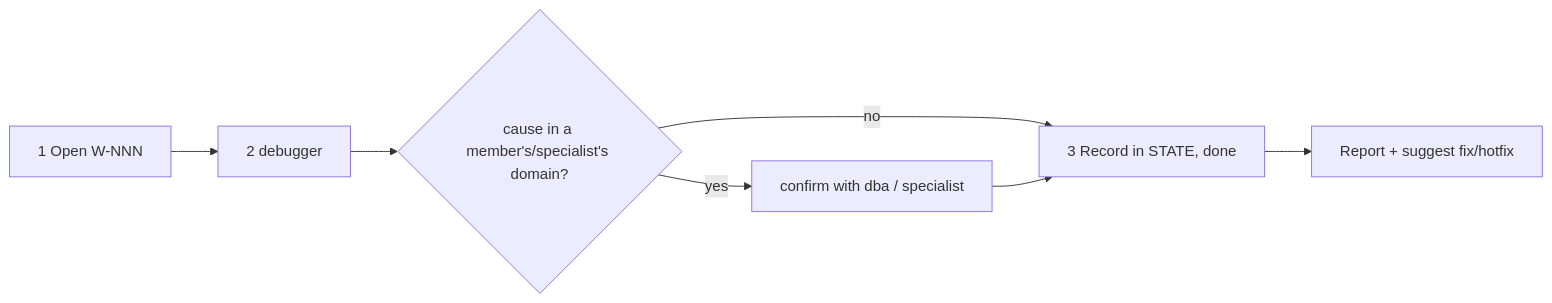
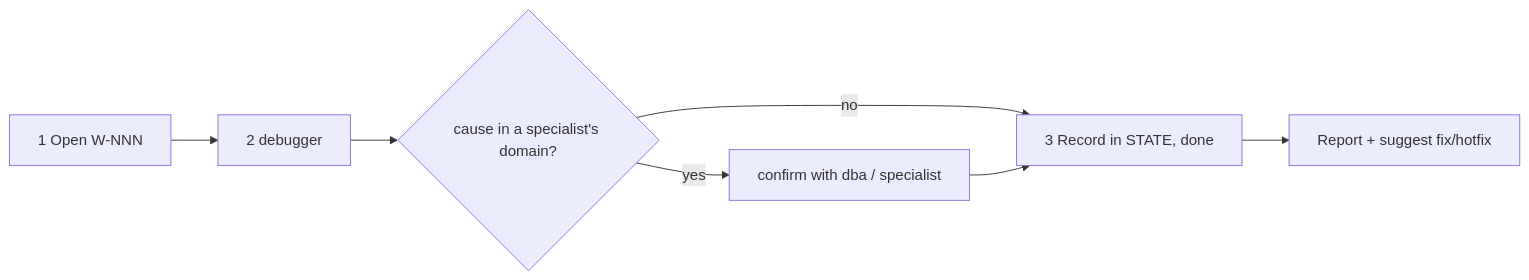
Before and after one commit to Tuan-Quyen/technical-teams: the diagram in commands/investigate.md, drawn with Mermaid. The commit also changed other lines of this file and 46 other files, not shown here.

````diff
--- a/commands/investigate.md
+++ b/commands/investigate.md
@@ -41,7 +41,7 @@
 ```mermaid
 flowchart LR
-  A[1 Open W-NNN] --> B[2 debugger] --> C{cause in a member's/specialist's domain?}
+  A[1 Open W-NNN] --> B[2 debugger] --> C{cause in a specialist's domain?}
   C -- yes --> D[confirm with dba / specialist]
   C -- no --> E
   D --> E[3 Record in STATE, done] --> F[Report + suggest fix/hotfix]
 ```
````
